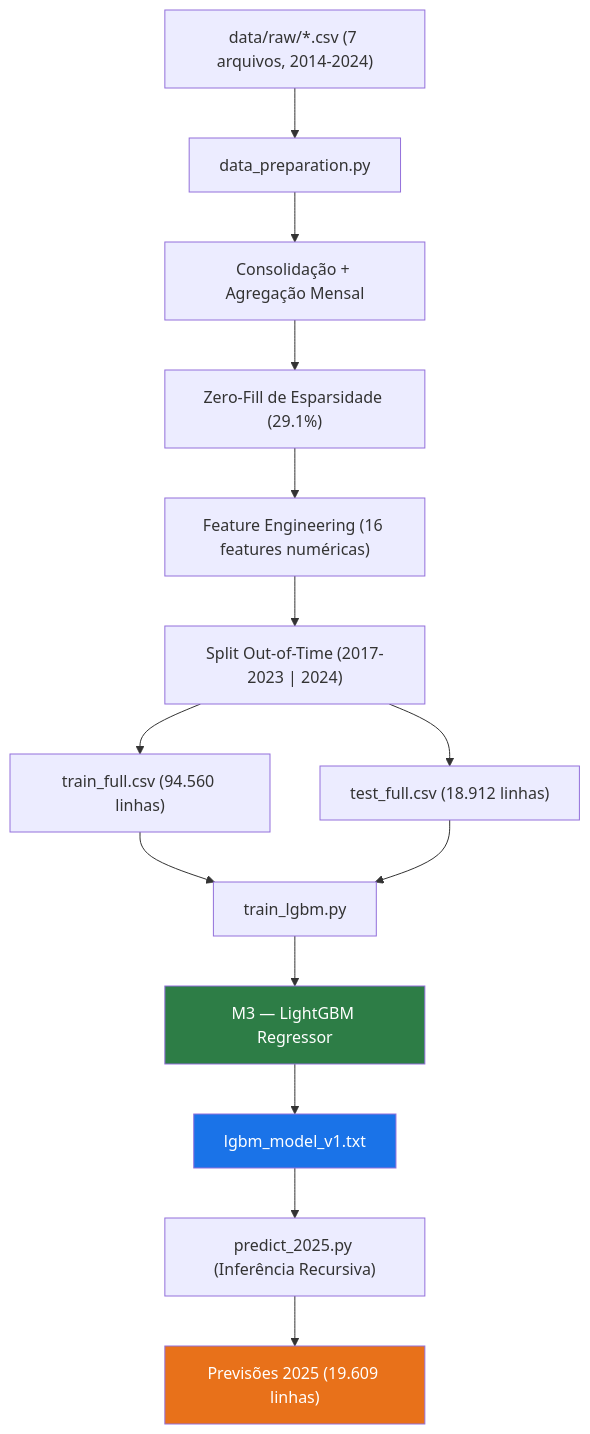
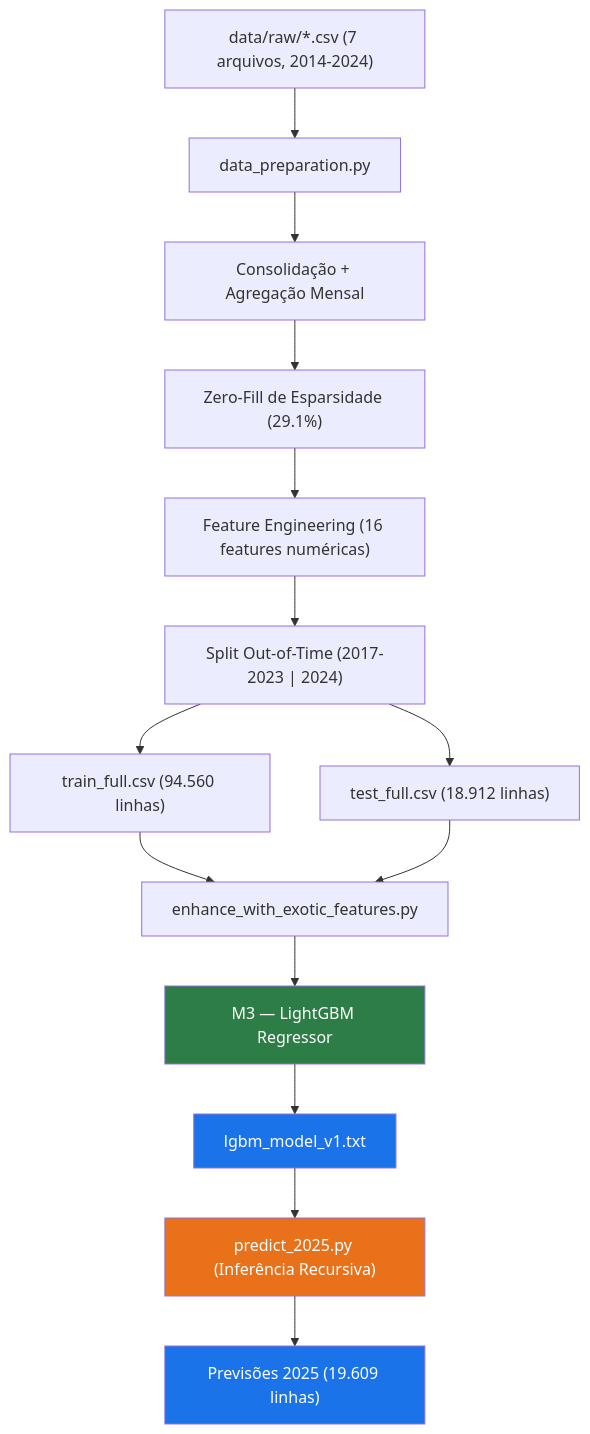
The first of 3 diagrams in reports/relatorio_lgbm_v2_comparativo.md (lucalazengo/ML-Forecast-Seg), drawn with Mermaid before and after one commit. The commit also changed other lines of this file and 3 other files, not shown here.

````diff
--- a/reports/relatorio_lgbm_v2_comparativo.md
+++ b/reports/relatorio_lgbm_v2_comparativo.md
@@ -45,20 +44,21 @@
 ```mermaid
 graph TD
     A["data/raw/*.csv (7 arquivos, 2014-2024)"] --> B["data_preparation.py"]
     B --> C["Consolidação + Agregação Mensal"]
     C --> D["Zero-Fill de Esparsidade (29.1%)"]
     D --> E["Feature Engineering (16 features numéricas)"]
     E --> F["Split Out-of-Time (2017-2023 | 2024)"]
     F --> G["train_full.csv (94.560 linhas)"]
     F --> H["test_full.csv (18.912 linhas)"]
     G --> I["train_lgbm.py"]
-    H --> I
+    H --> I["enhance_with_exotic_features.py"]
     I --> J["M3 — LightGBM Regressor"]
     J --> K["lgbm_model_v1.txt"]
     K --> L["predict_2025.py (Inferência Recursiva)"]
     L --> M["Previsões 2025 (19.609 linhas)"]
     
     style J fill:#2d7d46,color:#fff
     style K fill:#1a73e8,color:#fff
-    style M fill:#e8711a,color:#fff
+    style L fill:#e8711a,color:#fff
+    style M fill:#1a73e8,color:#fff
 ```
````
